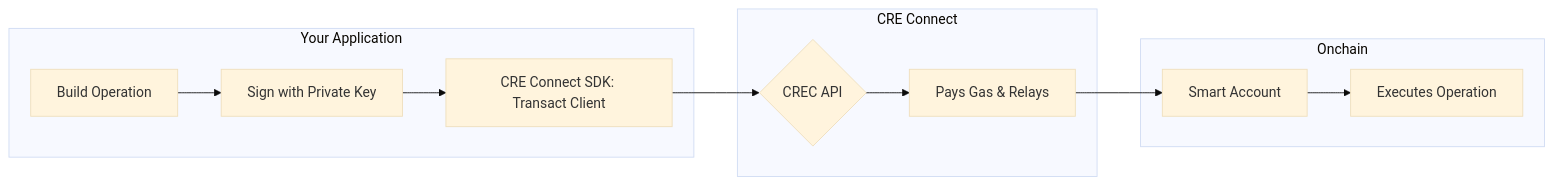
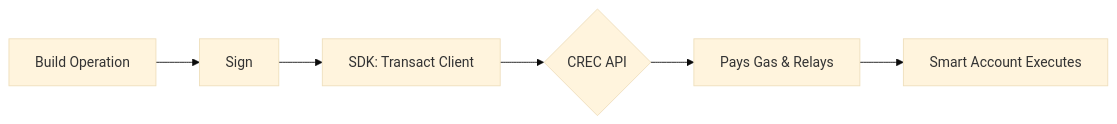
One commit to smartcontractkit/crec-sdk changed the second of 2 diagrams in README.md. Above: the diagram before and after it, drawn with Mermaid (base theme). The commit also changed other lines of this file and 40 other files, not shown here.

First line of the commit message:
BCM-1412 Split crec-sdk between clients and extensions Part 2 (#69)

````diff
--- a/README.md
+++ b/README.md
@@ -119,20 +130,4 @@
 ```mermaid
 graph LR
-    subgraph Your Application
-        A[Build Operation]
-        B[Sign with Private Key]
-        C[CRE Connect SDK: Transact Client]
-    end
-
-    subgraph CRE Connect
-        D{CREC API}
-        E[Pays Gas & Relays]
-    end
-
-    subgraph Onchain
-        F[Smart Account]
-        G[Executes Operation]
-    end
-
-    A --> B --> C --> D --> E --> F --> G
+    A[Build Operation] --> B[Sign] --> C[SDK: Transact Client] --> D{CREC API} --> E[Pays Gas & Relays] --> F[Smart Account Executes]
 ```
````
